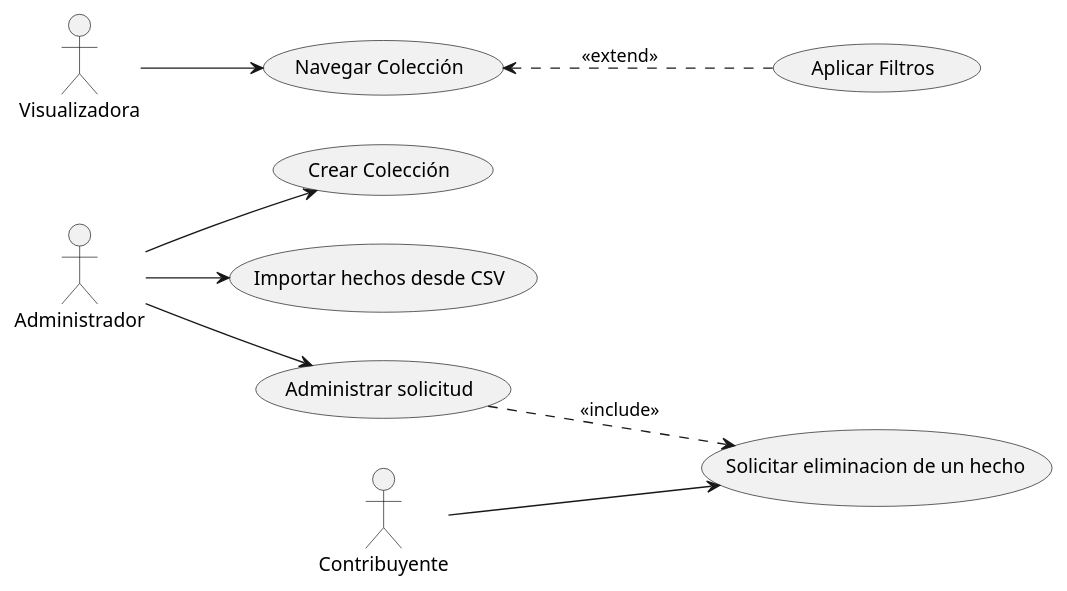
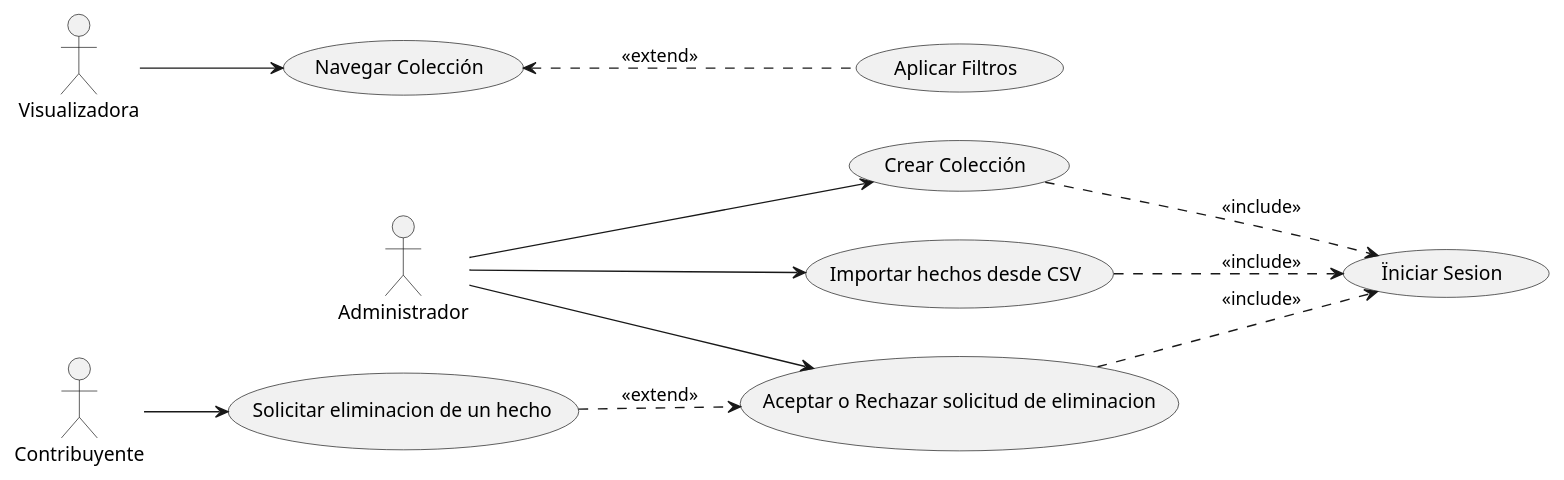
Before and after one commit to jotafabri/metamapa: the diagram in casouso.puml, drawn with PlantUML.

```diff
--- a/casouso.puml
+++ b/casouso.puml
@@ -1,31 +1,30 @@
 @startuml
 'https://plantuml.com/use-case-diagram
 left to right direction
 
 :Administrador: --> (Crear Colección)
 :Administrador: --> (Importar hechos desde CSV)
-:Administrador: --> (Administrar solicitud)
+:Administrador: --> (Aceptar o Rechazar solicitud de eliminacion)
 
 :Visualizadora: --> (Navegar Colección)
 (Navegar Colección) <.. (Aplicar Filtros) : <<extend>>
 
 :Contribuyente: --> (Solicitar eliminacion de un hecho)
 
-(Administrar solicitud) ..> (Solicitar eliminacion de un hecho) : <<include>>
+
+(Solicitar eliminacion de un hecho) ..> (Aceptar o Rechazar solicitud de eliminacion) : <<extend>>
 
 
-
-
-
-
-
+(Crear Colección) ..> (Ïniciar Sesion) : <<include>>
+(Importar hechos desde CSV) ..> (Ïniciar Sesion) : <<include>>
+(Aceptar o Rechazar solicitud de eliminacion) ..> (Ïniciar Sesion) : <<include>>
 
 
 
 
 
 
 
 
 
 @enduml
```
